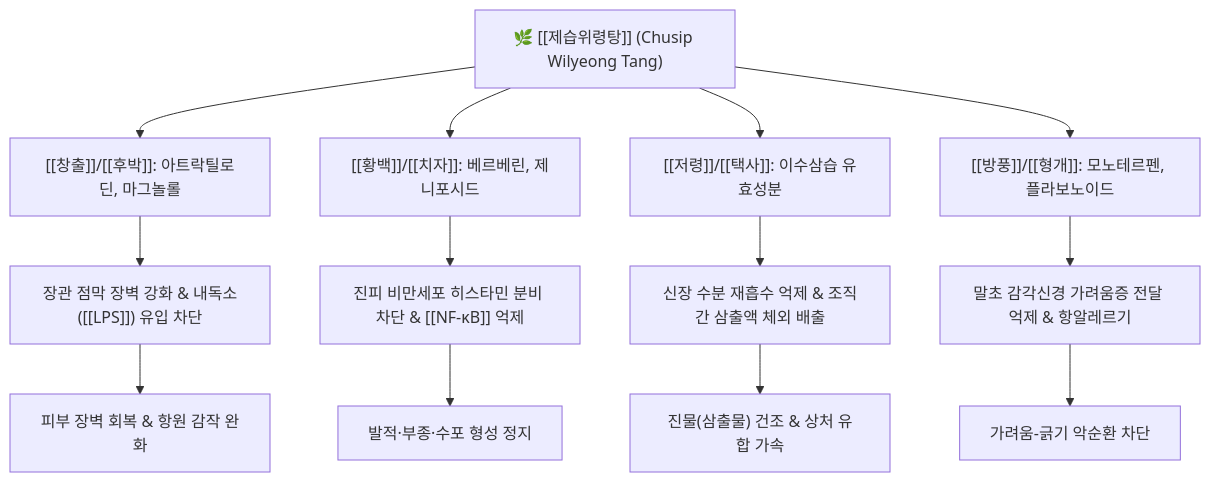
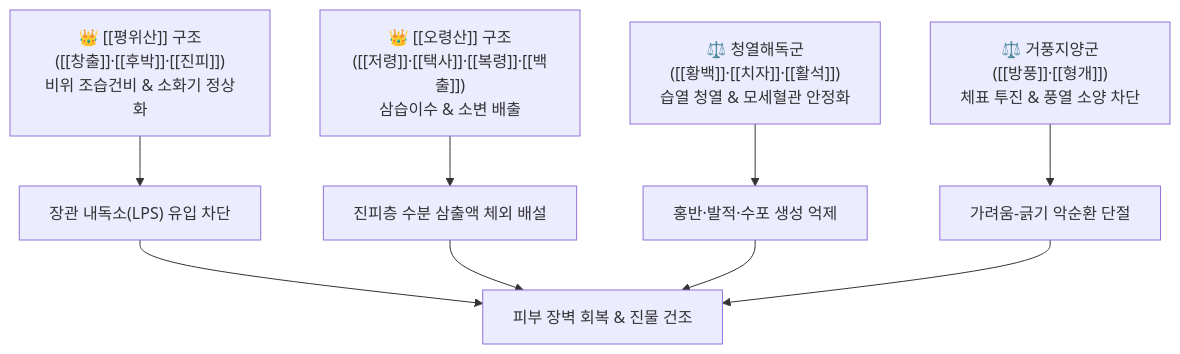
The diagram in content/2. 약리 공부/처방/03_화담·거습·이수제/제습위령탕.md (simbio11/simbio-digital-garden2), drawn with Mermaid before and after one commit. The commit also changed other lines of this file and 248 other files, not shown here.

````diff
--- a/content/2. 약리 공부/처방/03_화담·거습·이수제/제습위령탕.md
+++ b/content/2. 약리 공부/처방/03_화담·거습·이수제/제습위령탕.md
@@ -68,17 +63,11 @@
 ```mermaid
 graph TD
-    Chusip["🌿 [[제습위령탕]] (Chusip Wilyeong Tang)"] --> Multi1["[[창출]]/[[후박]]: 아트락틸로딘, 마그놀롤"]
-    Chusip --> Multi2["[[황백]]/[[치자]]: 베르베린, 제니포시드"]
-    Chusip --> Multi3["[[저령]]/[[택사]]: 이수삼습 유효성분"]
-    Chusip --> Multi4["[[방풍]]/[[형개]]: 모노테르펜, 플라보노이드"]
-
-    Multi1 --> GutBarrier["장관 점막 장벽 강화 & 내독소([[LPS]]) 유입 차단"]
-    Multi2 --> AntiCytokine["진피 비만세포 히스타민 분비 차단 & [[NF-κB]] 억제"]
-    Multi3 --> RenalDrain["신장 수분 재흡수 억제 & 조직간 삼출액 체외 배출"]
-    Multi4 --> ItchStop["말초 감각신경 가려움증 전달 억제 & 항알레르기"]
-
-    GutBarrier --> SkinClear["피부 장벽 회복 & 항원 감작 완화"]
-    AntiCytokine --> ErythemaDown["발적·부종·수포 형성 정지"]
-    RenalDrain --> OozeDry["진물(삼출물) 건조 & 상처 유합 가속"]
-    ItchStop --> ScratchBreak["가려움-긁기 악순환 차단"]
+    PW["👑 [[평위산]] 구조<br>([[창출]]·[[후박]]·[[진피]])<br>비위 조습건비 & 소화기 정상화"] --> GUT["장관 내독소(LPS) 유입 차단"]
+    OL["👑 [[오령산]] 구조<br>([[저령]]·[[택사]]·[[복령]]·[[백출]])<br>삼습이수 & 소변 배출"] --> DRAIN["진피층 수분 삼출액 체외 배설"]
+    CLR["⚖️ 청열해독군<br>([[황백]]·[[치자]]·[[활석]])<br>습열 청열 & 모세혈관 안정화"] --> ERYTHEMA["홍반·발적·수포 생성 억제"]
+    ITCH["⚖️ 거풍지양군<br>([[방풍]]·[[형개]])<br>체표 투진 & 풍열 소양 차단"] --> SCRATCH["가려움-긁기 악순환 단절"]
+    GUT --> SKIN["피부 장벽 회복 & 진물 건조"]
+    DRAIN --> SKIN
+    ERYTHEMA --> SKIN
+    SCRATCH --> SKIN
 ```
````
